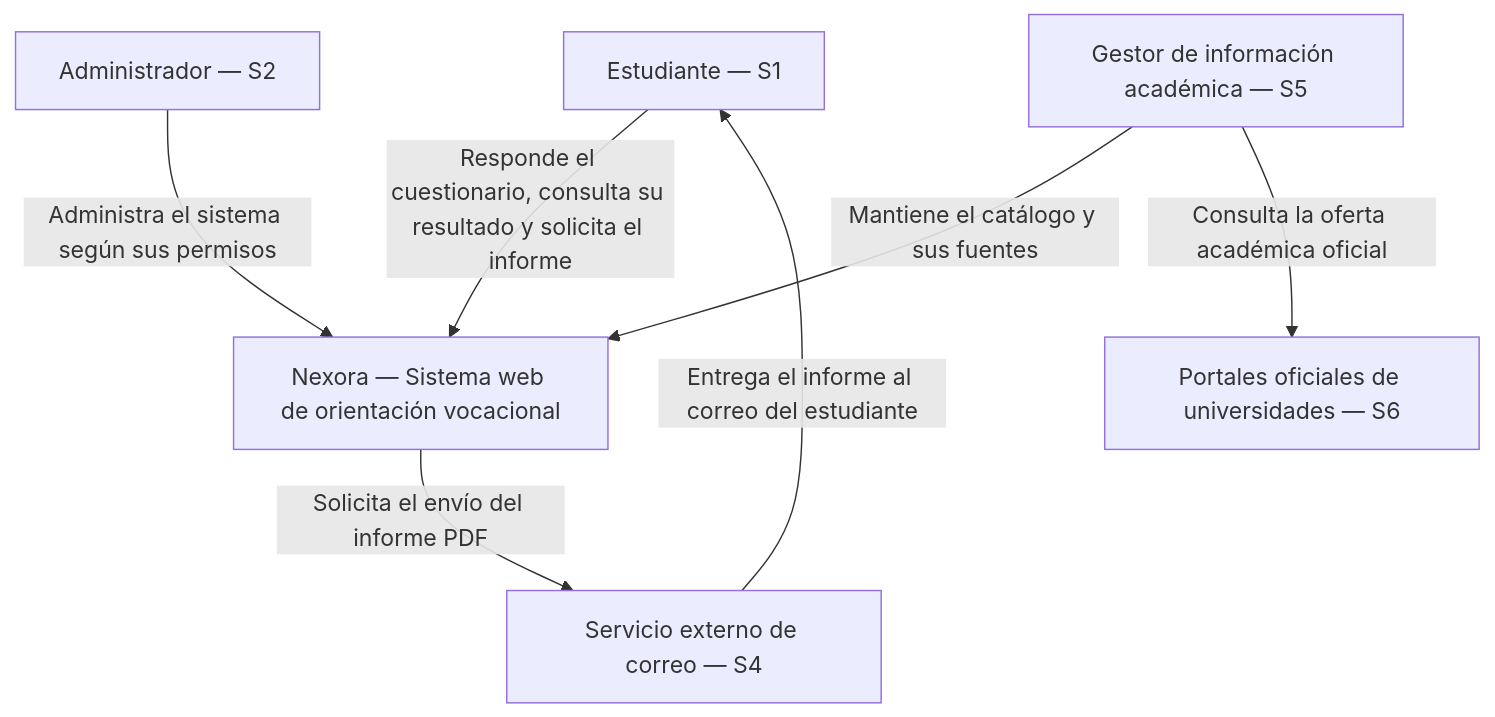
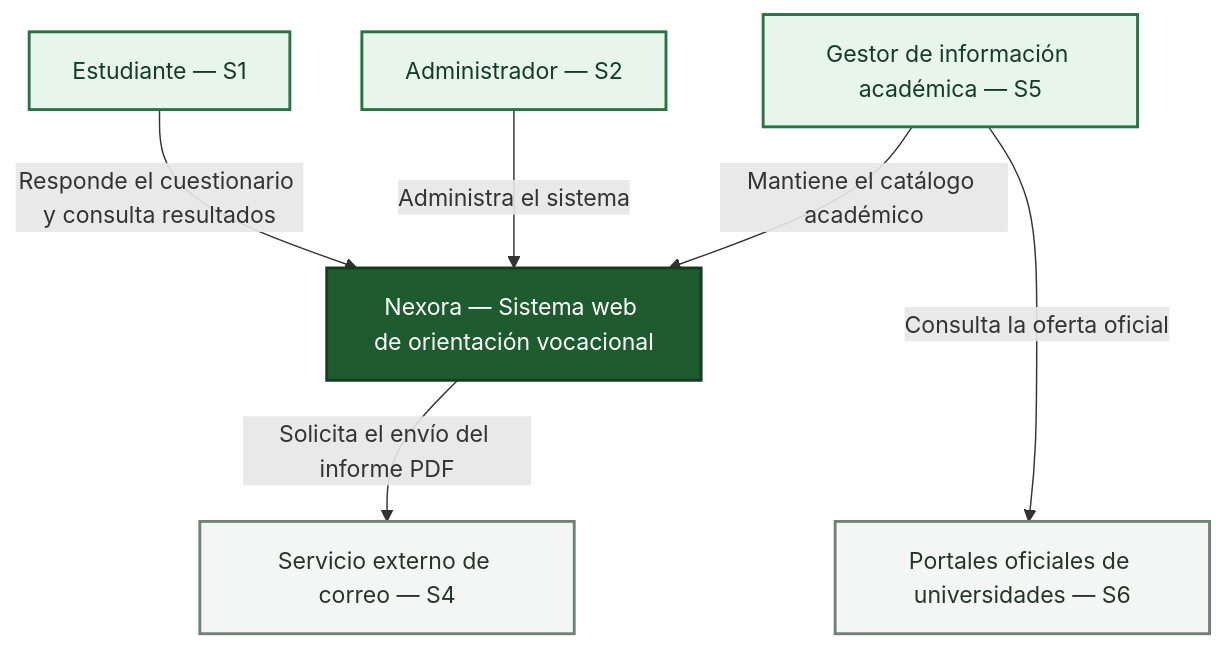
Before and after one commit to enriqueherreraec/nexora-arquitectura: the diagram in docs/02-vistas-c4/nivel1.md, drawn with Mermaid.

Commit message:
Update nivel1.md
Ordenar diagrama C4 de contexto en tres niveles visuales

````diff
--- a/docs/02-vistas-c4/nivel1.md
+++ b/docs/02-vistas-c4/nivel1.md
@@ -13,18 +13,27 @@
 ```mermaid
 flowchart TB
     estudiante["Estudiante — S1"]
     administrador["Administrador — S2"]
     gestor["Gestor de información académica — S5"]
 
     nexora["Nexora — Sistema web de orientación vocacional"]
 
     correo["Servicio externo de correo — S4"]
     portales["Portales oficiales de universidades — S6"]
 
-    estudiante -->|"Responde el cuestionario, consulta su resultado y solicita el informe"| nexora
-    administrador -->|"Administra el sistema según sus permisos"| nexora
-    gestor -->|"Mantiene el catálogo y sus fuentes"| nexora
-    gestor -->|"Consulta la oferta académica oficial"| portales
+    estudiante -->|"Responde el cuestionario y consulta resultados"| nexora
+    administrador -->|"Administra el sistema"| nexora
+    gestor -->|"Mantiene el catálogo académico"| nexora
+
     nexora -->|"Solicita el envío del informe PDF"| correo
-    correo -->|"Entrega el informe al correo del estudiante"| estudiante
+    nexora ~~~ portales
+    gestor -->|"Consulta la oferta oficial"| portales
+
+    classDef persona fill:#E8F5E9,stroke:#267344,color:#153D25,stroke-width:2px
+    classDef sistema fill:#1E5B2E,stroke:#123D1E,color:#FFFFFF,stroke-width:2px
+    classDef externo fill:#F4F6F5,stroke:#718078,color:#26352C,stroke-width:2px
+
+    class estudiante,administrador,gestor persona
+    class nexora sistema
+    class correo,portales externo
 ```
````
